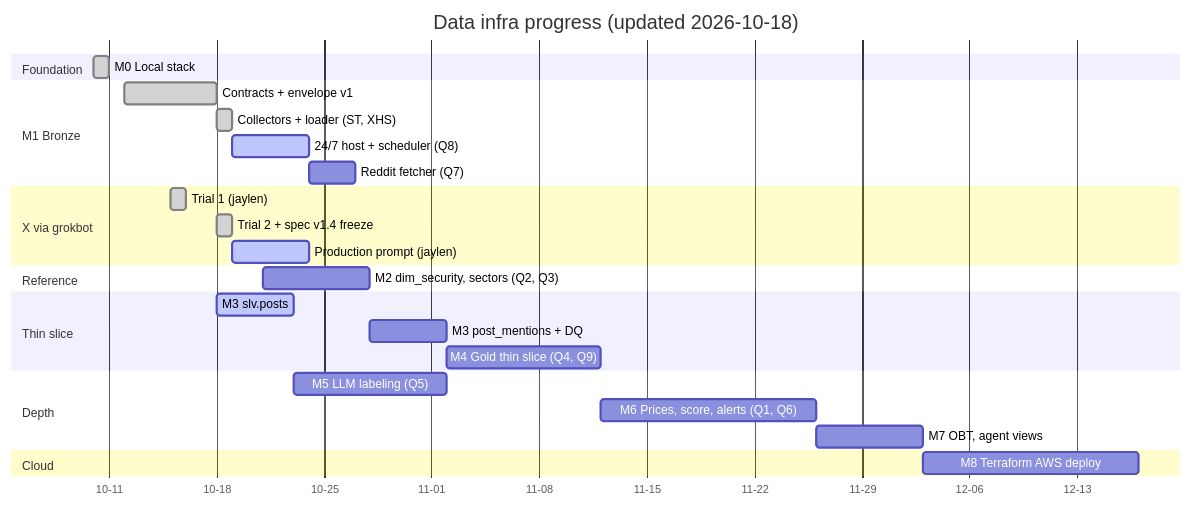
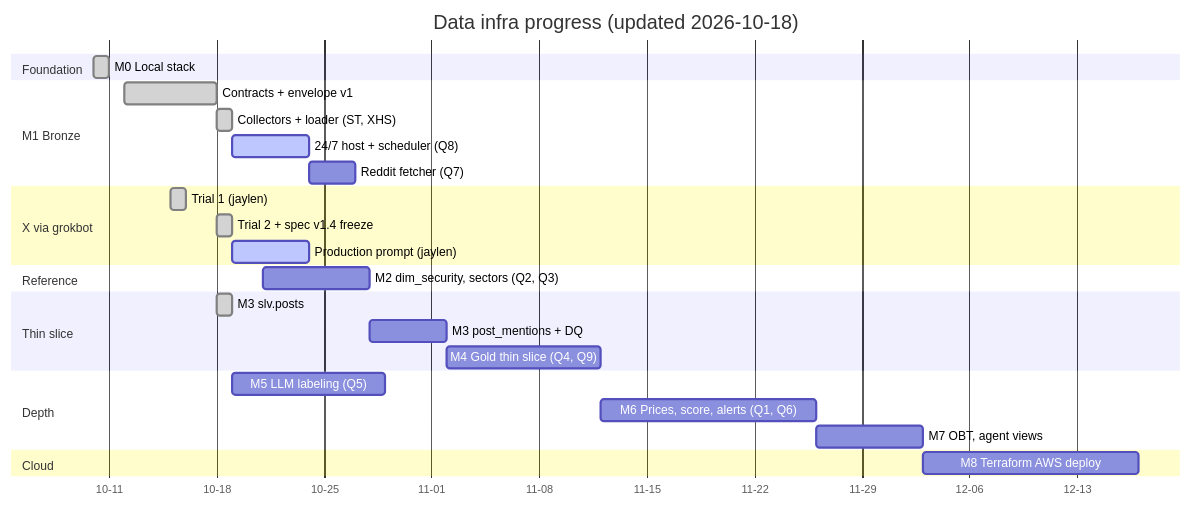
The diagram in Phases & Milestones.md (EZmoneySniper250/StockEmotionsCoMemory), drawn with Mermaid before and after one commit. The commit also changed other lines of this file, not shown here.

Commit message:
status(roadmap): slv.posts done [ai:jerry]

````diff
--- a/Phases & Milestones.md
+++ b/Phases & Milestones.md
@@ -31,30 +31,30 @@
 ```mermaid
 gantt
     title Data infra progress (updated 2026-10-18)
     dateFormat YYYY-MM-DD
     axisFormat %m-%d
     todayMarker on
     section Foundation
     M0 Local stack                        :done, m0, 2026-10-10, 1d
     section M1 Bronze
     Contracts + envelope v1               :done, m1a, 2026-10-12, 2026-10-18
     Collectors + loader (ST, XHS)         :done, m1b, 2026-10-18, 1d
     24/7 host + scheduler (Q8)            :active, m1c, 2026-10-19, 5d
     Reddit fetcher (Q7)                   :m1d, after m1c, 3d
     section X via grokbot
     Trial 1 (jaylen)                      :done, x1, 2026-10-15, 1d
     Trial 2 + spec v1.4 freeze            :done, x2, 2026-10-18, 1d
     Production prompt (jaylen)            :active, x3, 2026-10-19, 5d
     section Reference
     M2 dim_security, sectors (Q2, Q3)     :m2, 2026-10-21, 7d
     section Thin slice
-    M3 slv.posts                          :active, m3a, 2026-10-18, 5d
+    M3 slv.posts                          :done, m3a, 2026-10-18, 1d
     M3 post_mentions + DQ                 :m3b, after m2, 5d
     M4 Gold thin slice (Q4, Q9)           :m4, after m3b, 10d
     section Depth
     M5 LLM labeling (Q5)                  :m5, after m3a, 10d
     M6 Prices, score, alerts (Q1, Q6)     :m6, after m4, 14d
     M7 OBT, agent views                   :m7, after m6, 7d
     section Cloud
     M8 Terraform AWS deploy               :m8, after m7, 14d
 ```
````
